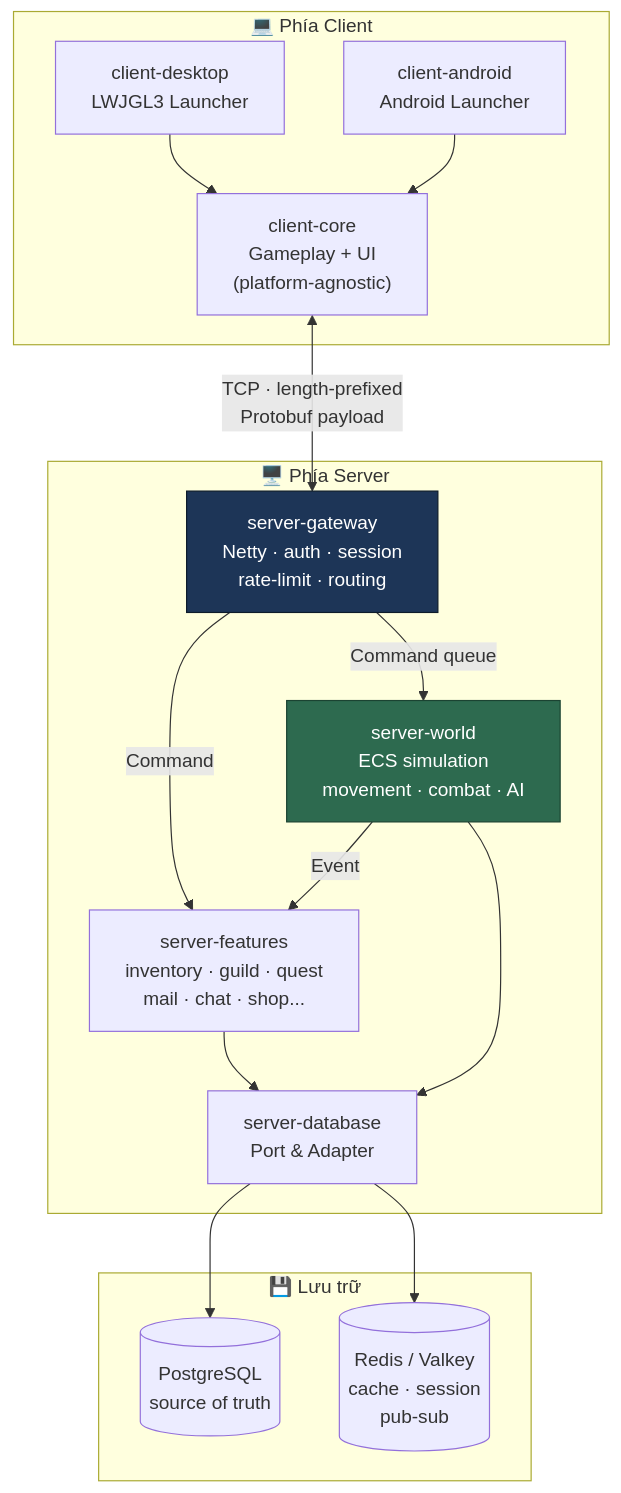
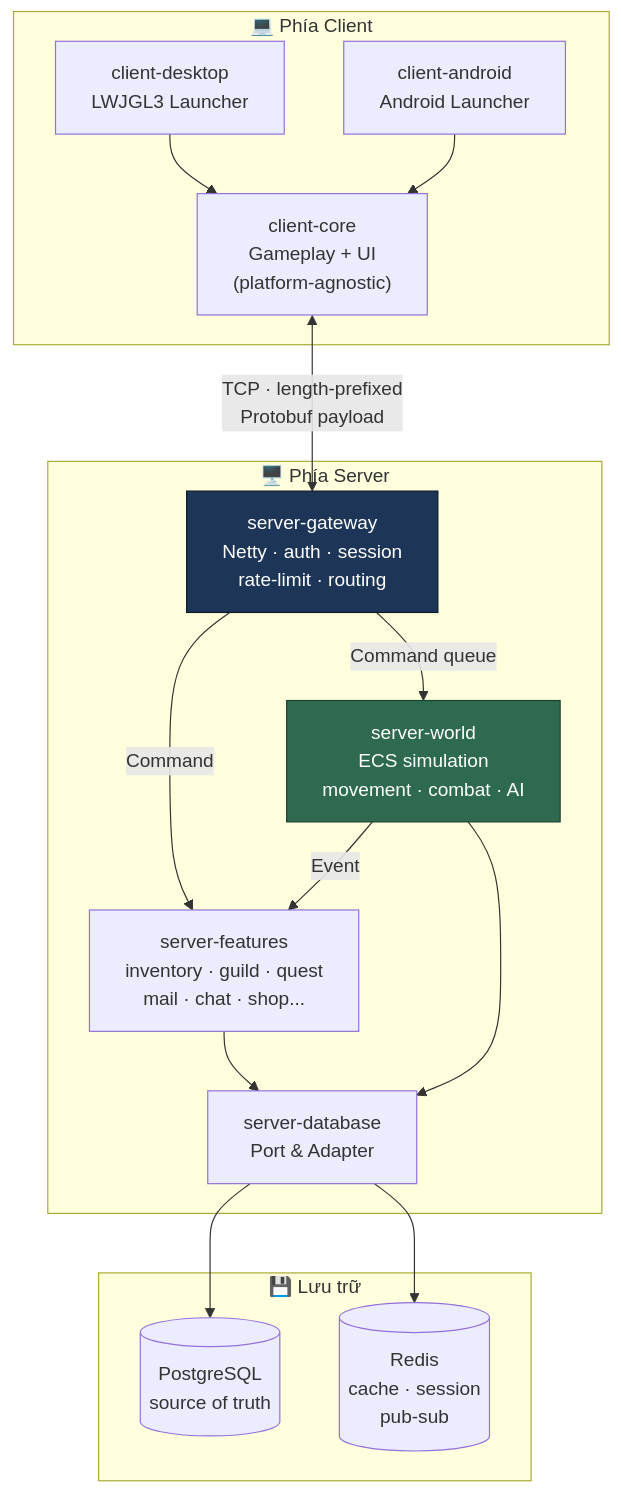
Before and after one commit to ta-min-hieu/shinobi-engine: the second of 10 diagrams in docs/01-architecture/ARCHITECTURE.md, drawn with Mermaid. The commit also changed other lines of this file and 11 other files, not shown here.

````diff
--- a/docs/01-architecture/ARCHITECTURE.md
+++ b/docs/01-architecture/ARCHITECTURE.md
@@ -77,34 +77,34 @@
 ```mermaid
 graph TB
     subgraph Client["💻 Phía Client"]
         Desktop["client-desktop<br/>LWJGL3 Launcher"]
         Android["client-android<br/>Android Launcher"]
         CCore["client-core<br/>Gameplay + UI<br/>(platform-agnostic)"]
         Desktop --> CCore
         Android --> CCore
     end
 
     subgraph Server["🖥️ Phía Server"]
         GW["server-gateway<br/>Netty · auth · session<br/>rate-limit · routing"]
         World["server-world<br/>ECS simulation<br/>movement · combat · AI"]
         Feat["server-features<br/>inventory · guild · quest<br/>mail · chat · shop..."]
         DB["server-database<br/>Port & Adapter"]
     end
 
     subgraph Data["💾 Lưu trữ"]
         PG[("PostgreSQL<br/>source of truth")]
-        RD[("Redis / Valkey<br/>cache · session<br/>pub-sub")]
+        RD[("Redis<br/>cache · session<br/>pub-sub")]
     end
 
     CCore <-->|"TCP · length-prefixed<br/>Protobuf payload"| GW
     GW -->|"Command queue"| World
     GW -->|"Command"| Feat
     World -->|"Event"| Feat
     Feat --> DB
     World --> DB
     DB --> PG
     DB --> RD
 
     style GW fill:#1d3557,stroke:#0d1b2a,color:#fff
     style World fill:#2d6a4f,stroke:#1b4332,color:#fff
 ```
````
